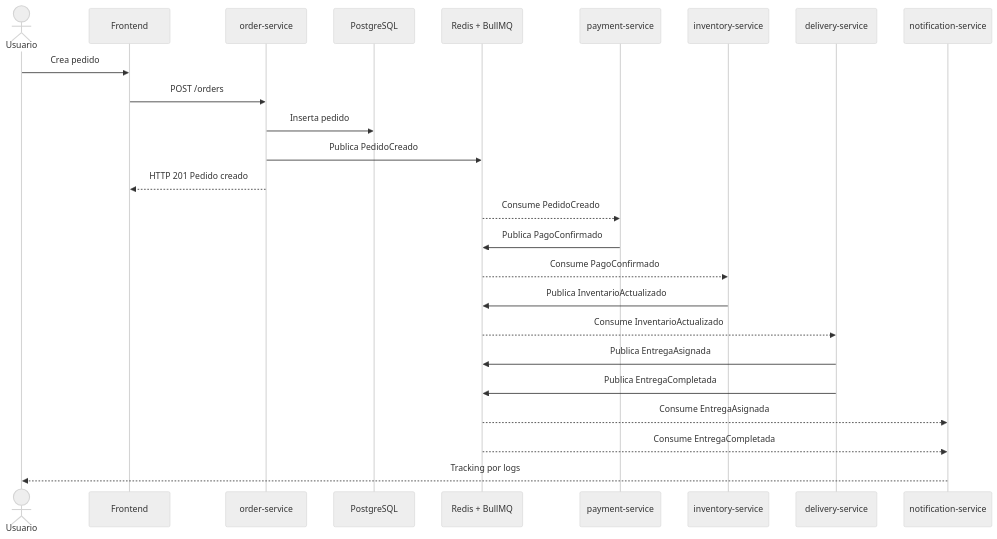
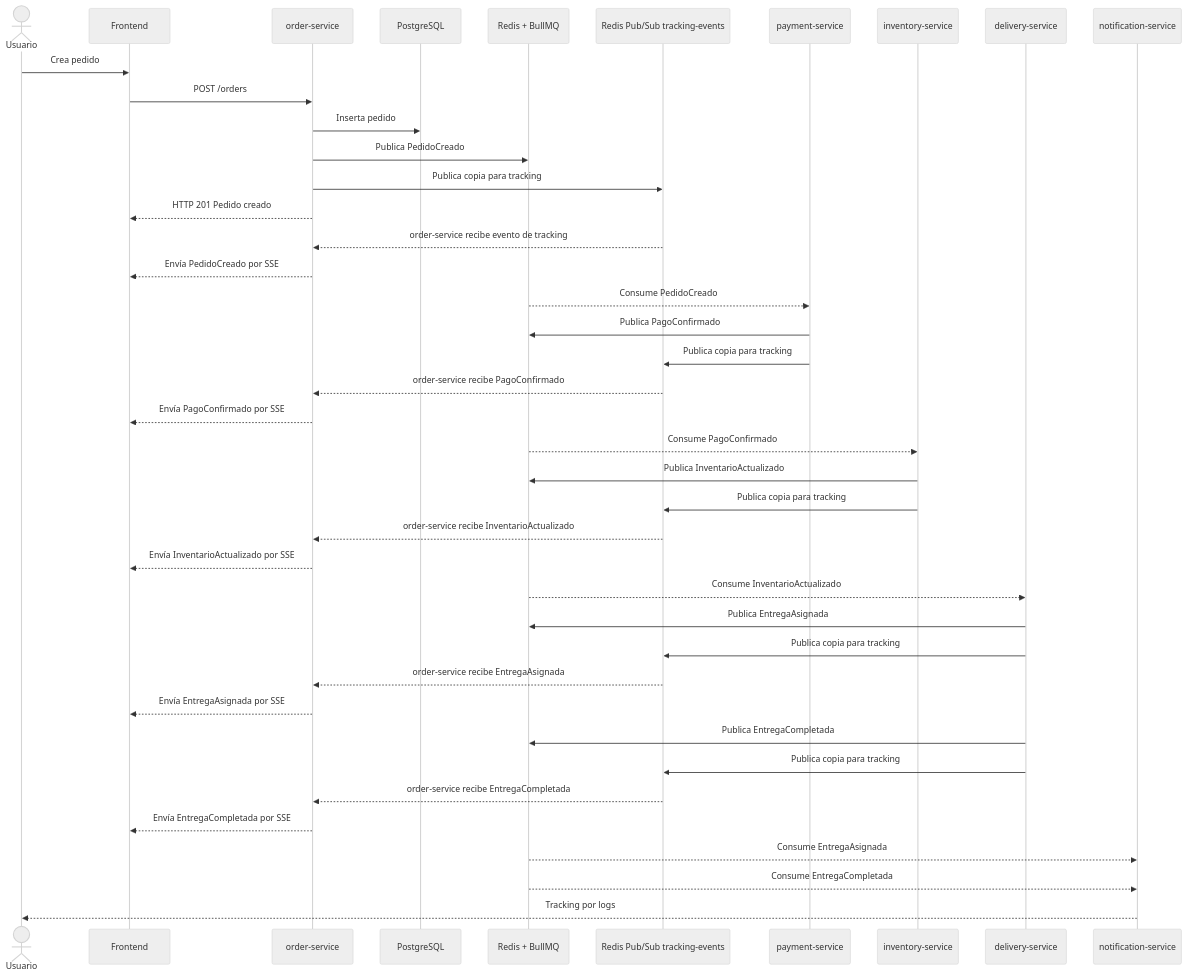
The second of 2 diagrams in docs/DOCUMENTACION_TECNICA.md (gesteb3/Arquitectura-de-Microservicios-Orientada-a-Eventos---Sistema-de-Log-stica-para-Entregas-a-Domicilio), drawn with Mermaid (neutral theme) before and after one commit. The commit also changed other lines of this file and 2 other files, not shown here.

````diff
--- a/docs/DOCUMENTACION_TECNICA.md
+++ b/docs/DOCUMENTACION_TECNICA.md
@@ -205,32 +246,50 @@
 ```mermaid
 sequenceDiagram
     actor Usuario
     participant Frontend
     participant Order as order-service
     participant DB as PostgreSQL
     participant Queue as Redis + BullMQ
+    participant Tracking as Redis Pub/Sub tracking-events
     participant Payment as payment-service
     participant Inventory as inventory-service
     participant Delivery as delivery-service
     participant Notification as notification-service
 
     Usuario->>Frontend: Crea pedido
     Frontend->>Order: POST /orders
     Order->>DB: Inserta pedido
     Order->>Queue: Publica PedidoCreado
+    Order->>Tracking: Publica copia para tracking
     Order-->>Frontend: HTTP 201 Pedido creado
+
+    Tracking-->>Order: order-service recibe evento de tracking
+    Order-->>Frontend: Envía PedidoCreado por SSE
 
     Queue-->>Payment: Consume PedidoCreado
     Payment->>Queue: Publica PagoConfirmado
+    Payment->>Tracking: Publica copia para tracking
+    Tracking-->>Order: order-service recibe PagoConfirmado
+    Order-->>Frontend: Envía PagoConfirmado por SSE
 
     Queue-->>Inventory: Consume PagoConfirmado
     Inventory->>Queue: Publica InventarioActualizado
+    Inventory->>Tracking: Publica copia para tracking
+    Tracking-->>Order: order-service recibe InventarioActualizado
+    Order-->>Frontend: Envía InventarioActualizado por SSE
 
     Queue-->>Delivery: Consume InventarioActualizado
     Delivery->>Queue: Publica EntregaAsignada
+    Delivery->>Tracking: Publica copia para tracking
+    Tracking-->>Order: order-service recibe EntregaAsignada
+    Order-->>Frontend: Envía EntregaAsignada por SSE
+
     Delivery->>Queue: Publica EntregaCompletada
+    Delivery->>Tracking: Publica copia para tracking
+    Tracking-->>Order: order-service recibe EntregaCompletada
+    Order-->>Frontend: Envía EntregaCompletada por SSE
 
     Queue-->>Notification: Consume EntregaAsignada
     Queue-->>Notification: Consume EntregaCompletada
     Notification-->>Usuario: Tracking por logs
 ```
````
